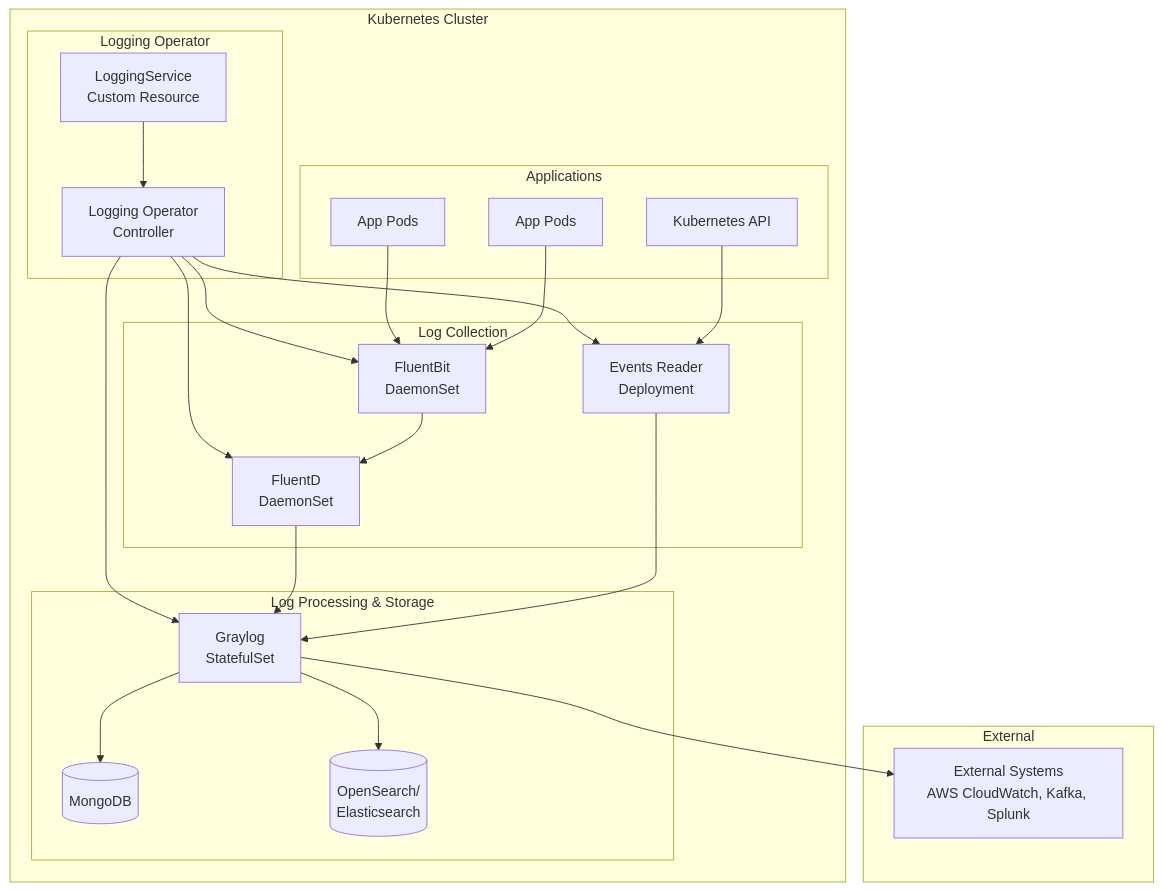
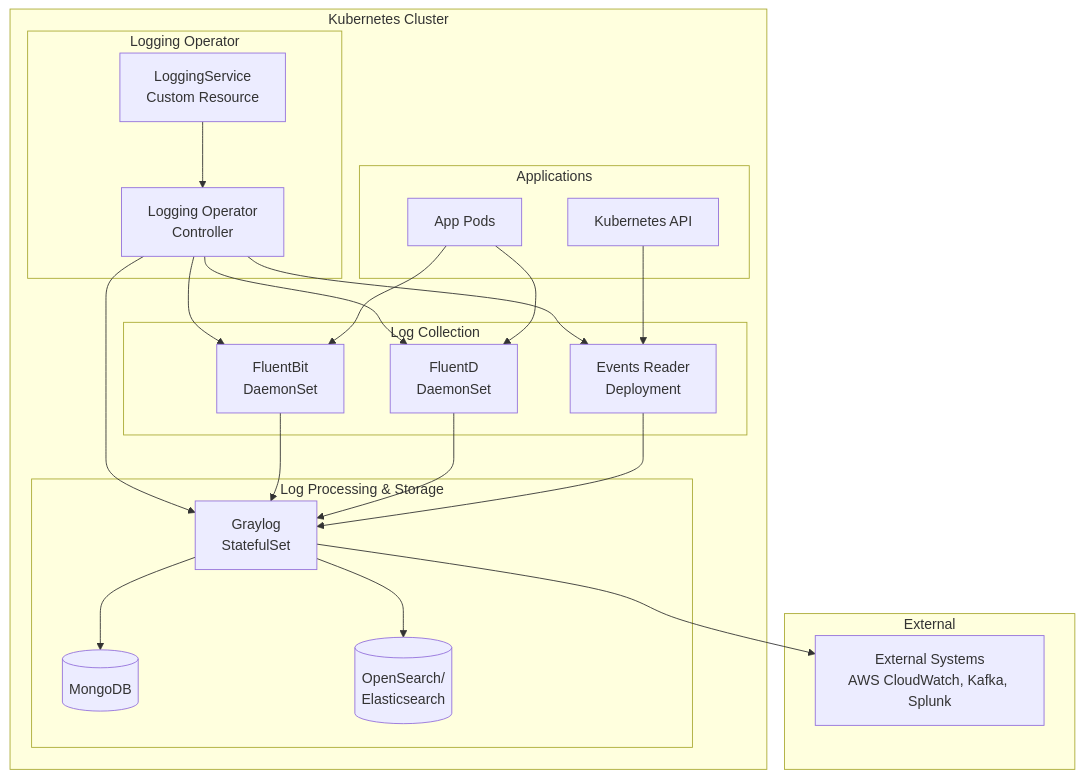
Before and after one commit to Netcracker/qubership-logging-operator: the diagram in README.md, drawn with Mermaid.

Commit message:
feat: fix error in architecture scheme

````diff
--- a/README.md
+++ b/README.md
@@ -119,49 +119,48 @@
 ```mermaid
 flowchart TB
     subgraph "Kubernetes Cluster"
         subgraph "Logging Operator"
             LO[Logging Operator<br/>Controller]
             CR[LoggingService<br/>Custom Resource]
         end
         
         subgraph "Log Collection"
             FB[FluentBit<br/>DaemonSet]
             FD[FluentD<br/>DaemonSet]
             ER[Events Reader<br/>Deployment]
         end
         
         subgraph "Log Processing & Storage"
             GL[Graylog<br/>StatefulSet]
             MG[(MongoDB)]
             ES[(OpenSearch/<br/>Elasticsearch)]
         end
         
         subgraph "Applications"
-            APP1[App Pods]
-            APP2[App Pods]
+            APP[App Pods]
             K8S[Kubernetes API]
         end
     end
     
     subgraph "External"
         EXT[External Systems<br/>AWS CloudWatch, Kafka, Splunk]
     end
     
     CR --> LO
     LO --> FB
     LO --> FD
     LO --> GL
     LO --> ER
     
-    APP1 --> FB
-    APP2 --> FB
+    APP --> FB
+    APP --> FD
     K8S --> ER
     
-    FB --> FD
+    FB --> GL
     FD --> GL
     ER --> GL
     
     GL --> MG
     GL --> ES
     GL --> EXT
 ```
````
